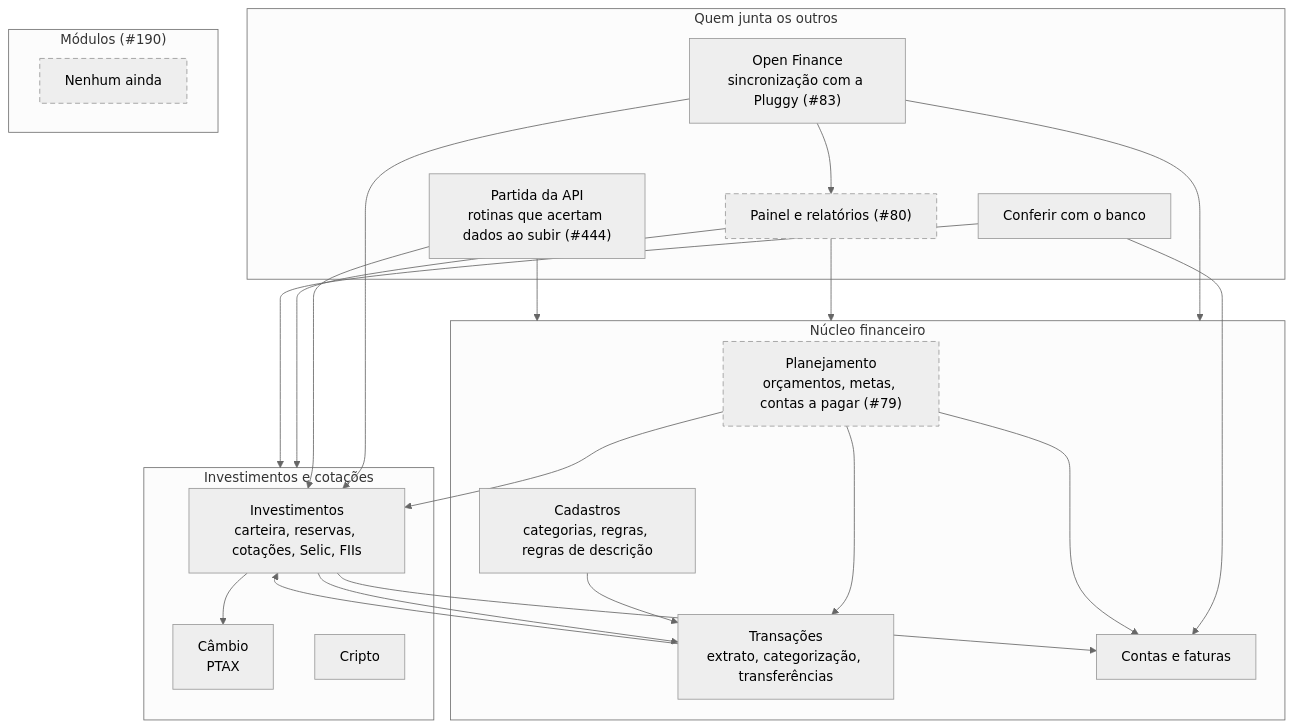
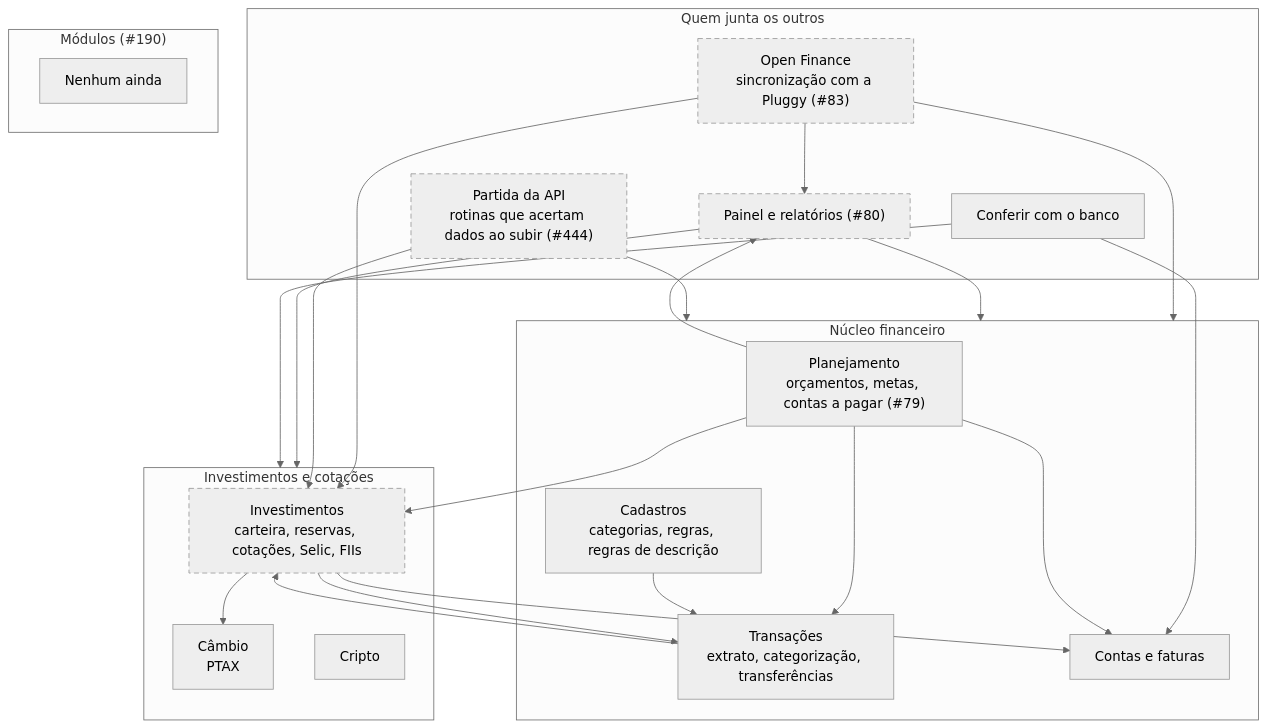
Before and after one commit to LucasDesenvGit/financas-local: the third of 6 diagrams in docs/ARQUITETURA.md, drawn with Mermaid (neutral theme). The commit also changed other lines of this file and 10 other files, not shown here.

````diff
--- a/docs/ARQUITETURA.md
+++ b/docs/ARQUITETURA.md
@@ -86,47 +87,48 @@
 ```mermaid
 flowchart TB
     subgraph juntam["Quem junta os outros"]
         openfinance["Open Finance<br/>sincronização com a Pluggy (#83)"]
         painel["Painel e relatórios (#80)"]
         conferencia["Conferir com o banco"]
         partida["Partida da API<br/>rotinas que acertam dados ao subir (#444)"]
     end
 
     subgraph nucleo["Núcleo financeiro"]
         planejamento["Planejamento<br/>orçamentos, metas, contas a pagar (#79)"]
         cadastros["Cadastros<br/>categorias, regras, regras de descrição"]
         transacoes["Transações<br/>extrato, categorização, transferências"]
         contas["Contas e faturas"]
     end
 
     subgraph cotacoes["Investimentos e cotações"]
         investimentos["Investimentos<br/>carteira, reservas, cotações, Selic, FIIs"]
         cambio["Câmbio<br/>PTAX"]
         cripto["Cripto"]
     end
 
     subgraph modulos["Módulos (#190)"]
         nenhum["Nenhum ainda"]
     end
 
     openfinance --> nucleo
     openfinance --> investimentos
     openfinance --> painel
     painel --> nucleo
     painel --> cotacoes
     conferencia --> contas
     conferencia --> cotacoes
     partida --> nucleo
     partida --> investimentos
     planejamento --> transacoes
     planejamento --> contas
     planejamento --> investimentos
+    planejamento --> painel
     cadastros --> transacoes
     transacoes --> investimentos
     investimentos --> transacoes
     investimentos --> contas
     investimentos --> cambio
 
-    classDef soNoDotNet stroke-dasharray: 6 4
-    class painel,planejamento,nenhum soNoDotNet
+    classDef desligadoNoSite stroke-dasharray: 6 4
+    class openfinance,painel,investimentos,partida desligadoNoSite
 ```
````
